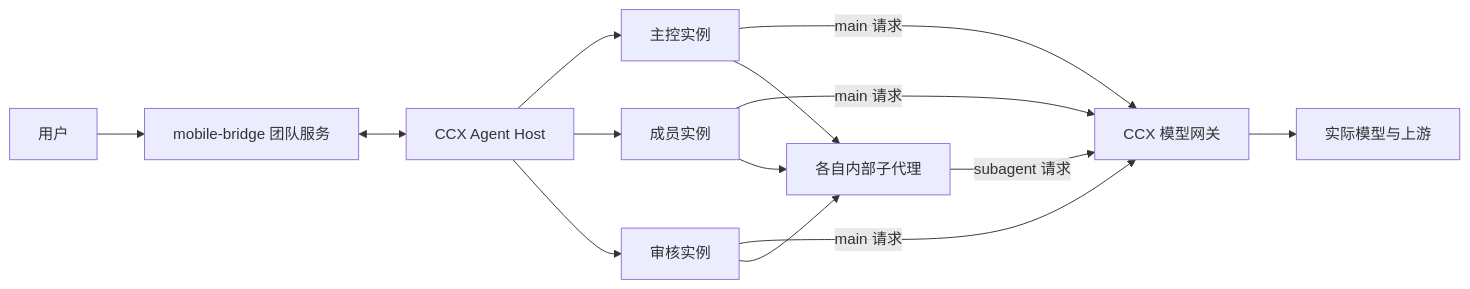
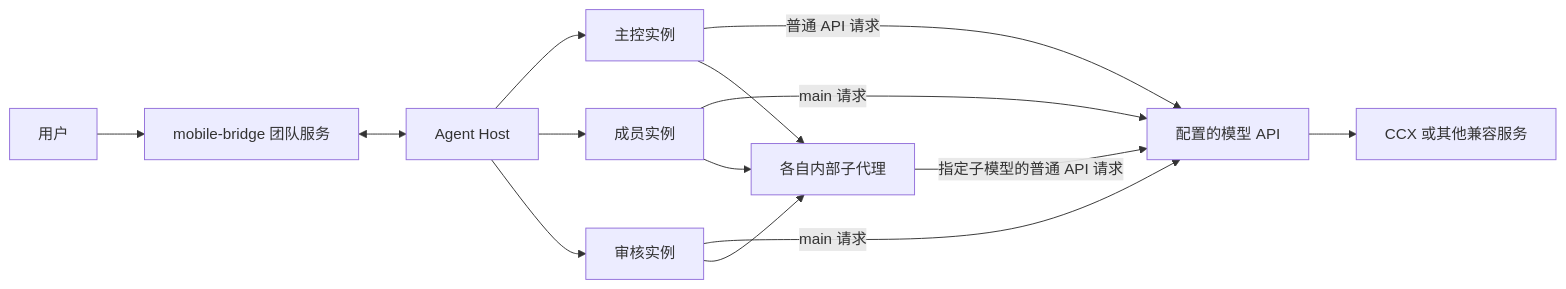
One commit to BenedictKing/mobile-bridge changed the diagram in docs/2026-11-21-ccx-agent-design.md. Above: the diagram before and after it, drawn with Mermaid. The commit also changed other lines of this file and 1 other file, not shown here.

Commit message:
docs: 解耦 Agent 与 CCX 并明确收发收闭环

````diff
--- a/docs/2026-11-21-ccx-agent-design.md
+++ b/docs/2026-11-21-ccx-agent-design.md
@@ -26,14 +26,14 @@
 ```mermaid
 flowchart LR
     U[用户] --> B[mobile-bridge 团队服务]
-    B <--> H[CCX Agent Host]
+    B <--> H[Agent Host]
     H --> L[主控实例]
     H --> W[成员实例]
     H --> R[审核实例]
-    L -->|main 请求| C[CCX 模型网关]
+    L -->|普通 API 请求| C[配置的模型 API]
     W -->|main 请求| C
     R -->|main 请求| C
     L & W & R --> S[各自内部子代理]
-    S -->|subagent 请求| C
-    C --> P[实际模型与上游]
+    S -->|指定子模型的普通 API 请求| C
+    C --> P[CCX 或其他兼容服务]
 ```
````
